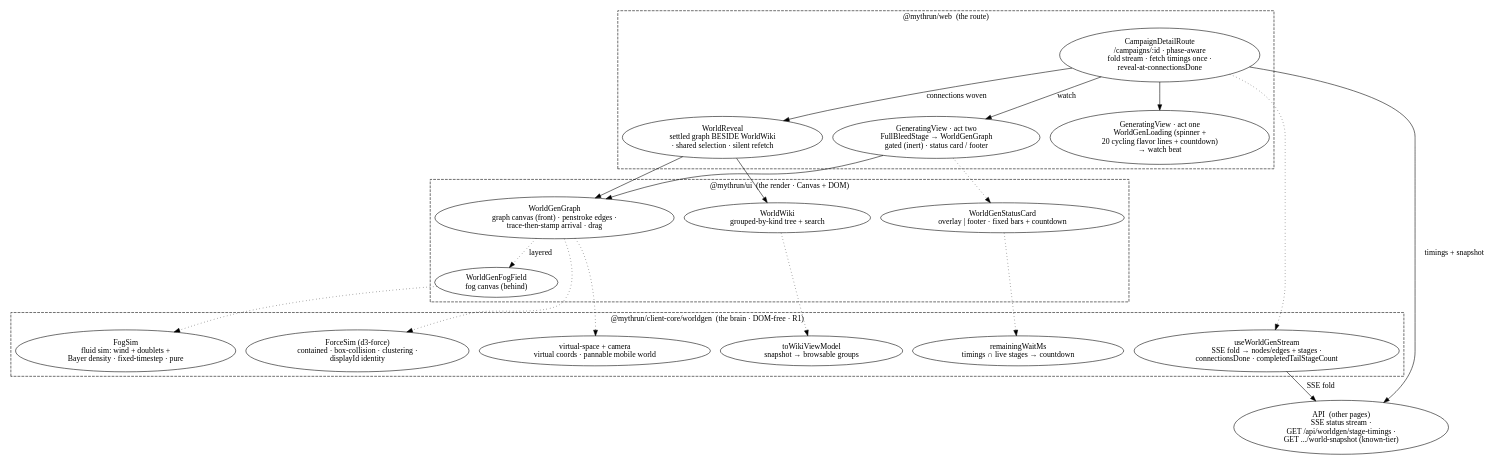
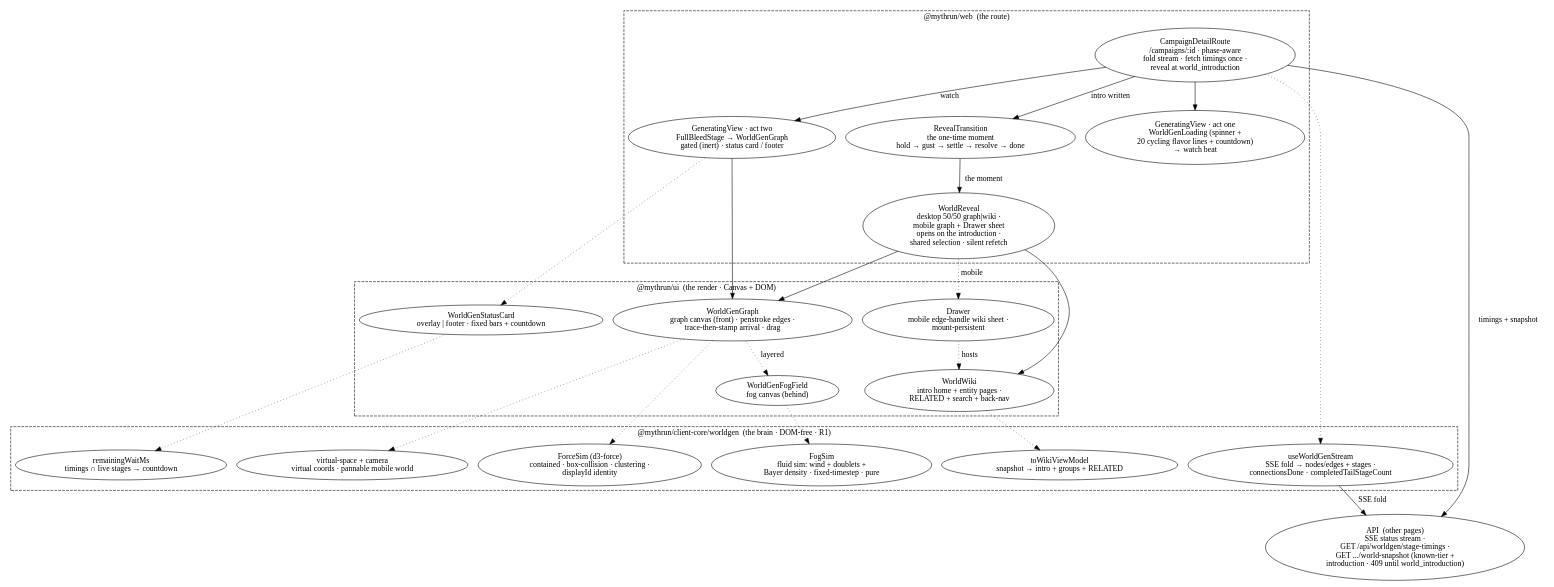
One commit to mythrun/mythrun changed the diagram in docs/wiki/diagrams/frontend/world-gen-experience.dot. Above: the diagram before and after it, drawn with Graphviz. The commit also changed 24 other files, not shown here.

First line of the commit message:
docs(wiki): sync for MYT-89 Phase D — reveal redesign + world-introduction stage

```diff
--- a/docs/wiki/diagrams/frontend/world-gen-experience.dot
+++ b/docs/wiki/diagrams/frontend/world-gen-experience.dot
@@ -1,67 +1,74 @@
 digraph frontend_world_gen_experience {
   // The player-facing world-generation experience (MYT-89): the phase-aware
   // /campaigns/:id route drives a two-act generation (loading screen → live
-  // fog+graph) that flips to the browsable reveal the moment connections weave,
-  // while the pipeline's tail runs silently behind it. Mirrors the design-system
-  // split — a DOM-free client-core brain (the fog fluid sim, the force graph, the
-  // SSE fold, the wiki normalizer) rendered by @mythrun/ui Canvas/DOM, composed by
-  // the web route. The backend pipeline + SSE surface are other pages.
+  // fog+graph) that flips to the browsable reveal the moment the world's
+  // introduction page is written (right after connections weave), while the
+  // pipeline's tail runs silently behind it. Mirrors the design-system split — a
+  // DOM-free client-core brain (the fog fluid sim, the force graph, the SSE fold,
+  // the wiki normalizer) rendered by @mythrun/ui Canvas/DOM, composed by the web
+  // route. The reveal plays a one-time moment (RevealTransition). The backend
+  // pipeline + SSE surface are other pages.
   compound=true;
 
   subgraph cluster_web {
     label="@mythrun/web  (the route)";
     style="dashed";
     color="ember";
     fontcolor="ember";
 
-    route [label="CampaignDetailRoute\n/campaigns/:id · phase-aware\nfold stream · fetch timings once ·\nreveal-at-connectionsDone"];
+    route [label="CampaignDetailRoute\n/campaigns/:id · phase-aware\nfold stream · fetch timings once ·\nreveal at world_introduction"];
     act1 [label="GeneratingView · act one\nWorldGenLoading (spinner +\n20 cycling flavor lines + countdown)\n→ watch beat"];
     act2 [label="GeneratingView · act two\nFullBleedStage → WorldGenGraph\ngated (inert) · status card / footer"];
-    rev [label="WorldReveal\nsettled graph BESIDE WorldWiki\n· shared selection · silent refetch"];
+    moment [label="RevealTransition\nthe one-time moment\nhold → gust → settle → resolve → done"];
+    rev [label="WorldReveal\ndesktop 50/50 graph|wiki ·\nmobile graph + Drawer sheet\nopens on the introduction ·\nshared selection · silent refetch"];
   }
 
   subgraph cluster_cc {
     label="@mythrun/client-core/worldgen  (the brain · DOM-free · R1)";
     style="dashed";
     color="ember";
     fontcolor="ember";
 
     stream [label="useWorldGenStream\nSSE fold → nodes/edges + stages ·\nconnectionsDone · completedTailStageCount"];
     fogsim [label="FogSim\nfluid sim: wind + doublets +\nBayer density · fixed-timestep · pure"];
     force [label="ForceSim (d3-force)\ncontained · box-collision · clustering ·\ndisplayId identity"];
     space [label="virtual-space + camera\nvirtual coords · pannable mobile world"];
-    wikivm [label="toWikiViewModel\nsnapshot → browsable groups"];
+    wikivm [label="toWikiViewModel\nsnapshot → intro + groups + RELATED"];
     eta [label="remainingWaitMs\ntimings ∩ live stages → countdown"];
   }
 
   subgraph cluster_ui {
     label="@mythrun/ui  (the render · Canvas + DOM)";
     style="dashed";
     color="ember";
     fontcolor="ember";
 
     fogfield [label="WorldGenFogField\nfog canvas (behind)"];
     gcanvas [label="WorldGenGraph\ngraph canvas (front) · penstroke edges ·\ntrace-then-stamp arrival · drag"];
     card [label="WorldGenStatusCard\noverlay | footer · fixed bars + countdown"];
-    wiki [label="WorldWiki\ngrouped-by-kind tree + search"];
+    wiki [label="WorldWiki\nintro home + entity pages ·\nRELATED + search + back-nav"];
+    drawer [label="Drawer\nmobile edge-handle wiki sheet ·\nmount-persistent"];
   }
 
-  api [label="API  (other pages)\nSSE status stream ·\nGET /api/worldgen/stage-timings ·\nGET .../world-snapshot (known-tier)", color="ember", fontcolor="ember"];
+  api [label="API  (other pages)\nSSE status stream ·\nGET /api/worldgen/stage-timings ·\nGET .../world-snapshot (known-tier +\nintroduction · 409 until world_introduction)", color="ember", fontcolor="ember"];
 
   route -> stream [style="dotted"];
   route -> act1;
   route -> act2 [label="watch"];
-  route -> rev [label="connections woven"];
+  route -> moment [label="intro written"];
+  moment -> rev [label="the moment"];
   act2 -> gcanvas;
   act2 -> card [style="dotted"];
   rev -> gcanvas;
   rev -> wiki;
+  rev -> drawer [label="mobile", style="dotted"];
+  drawer -> wiki [label="hosts", style="dotted"];
   gcanvas -> fogfield [label="layered", style="dotted"];
   gcanvas -> force [style="dotted"];
   gcanvas -> space [style="dotted"];
   fogfield -> fogsim [style="dotted"];
   card -> eta [style="dotted"];
   wiki -> wikivm [style="dotted"];
   stream -> api [label="SSE fold"];
   route -> api [label="timings + snapshot"];
 }
```
